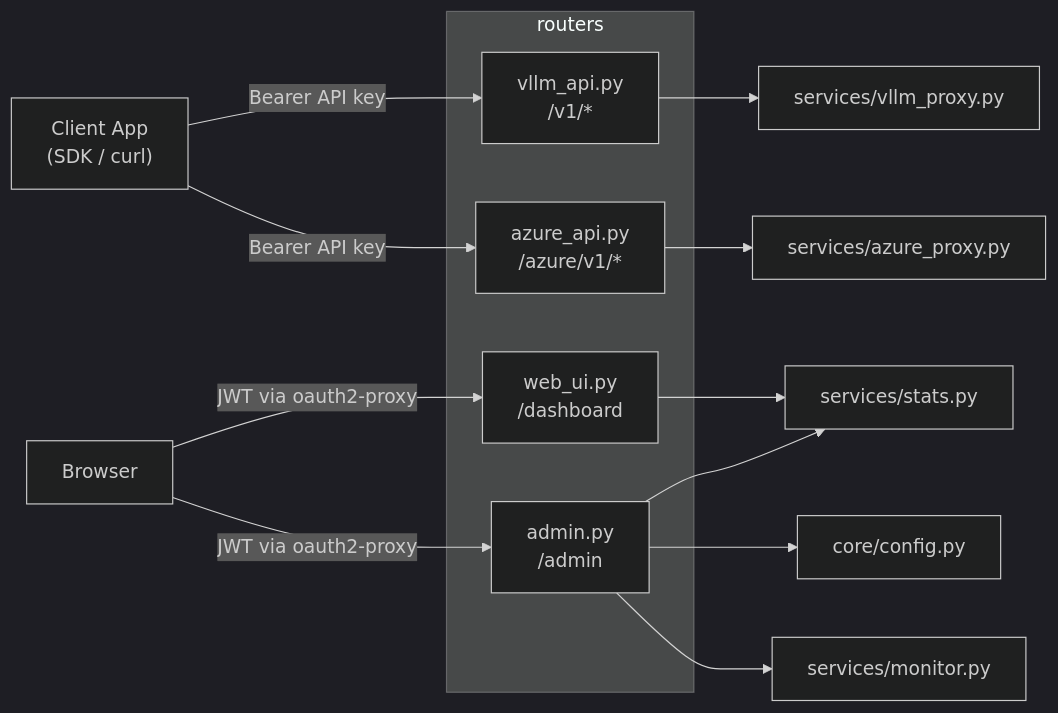
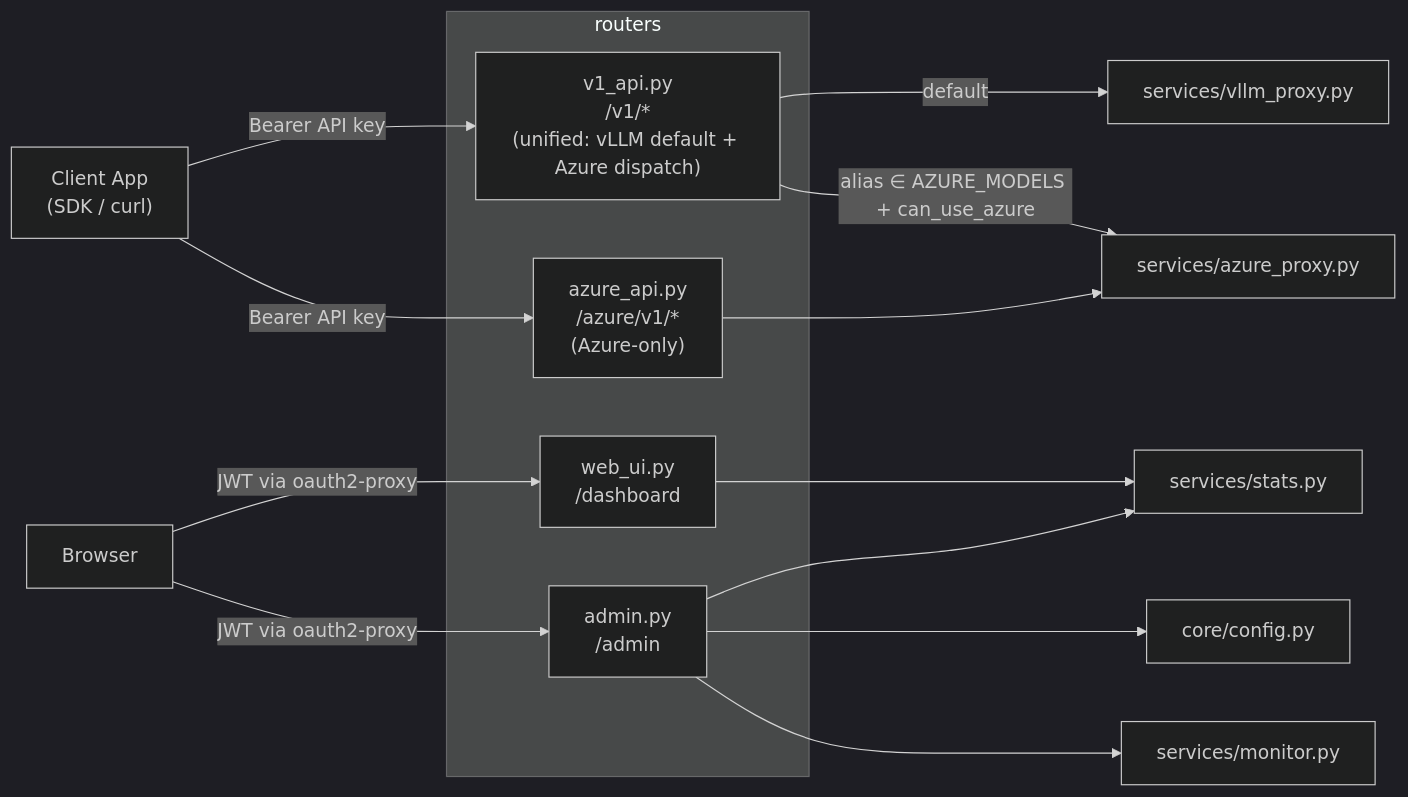
Before and after one commit to bwinken/llm-gateway: the first of 2 diagrams in app/routers/README.md, drawn with Mermaid (dark theme). The commit also changed other lines of this file and 16 other files, not shown here.

````diff
--- a/app/routers/README.md
+++ b/app/routers/README.md
@@ -9,21 +9,22 @@
 ```mermaid
 graph LR
-    Client["Client App<br/>(SDK / curl)"] -->|Bearer API key| vllm_api
+    Client["Client App<br/>(SDK / curl)"] -->|Bearer API key| v1_api
     Client -->|Bearer API key| azure_api
     Browser["Browser"] -->|JWT via oauth2-proxy| web_ui
     Browser -->|JWT via oauth2-proxy| admin
 
     subgraph routers
-        vllm_api["vllm_api.py<br/>/v1/*"]
-        azure_api["azure_api.py<br/>/azure/v1/*"]
+        v1_api["v1_api.py<br/>/v1/*<br/>(unified: vLLM default + Azure dispatch)"]
+        azure_api["azure_api.py<br/>/azure/v1/*<br/>(Azure-only)"]
         web_ui["web_ui.py<br/>/dashboard"]
         admin["admin.py<br/>/admin"]
     end
 
-    vllm_api --> vllm_proxy["services/vllm_proxy.py"]
-    azure_api --> azure_proxy["services/azure_proxy.py"]
+    v1_api -->|default| vllm_proxy["services/vllm_proxy.py"]
+    v1_api -->|alias ∈ AZURE_MODELS + can_use_azure| azure_proxy["services/azure_proxy.py"]
+    azure_api --> azure_proxy
     web_ui --> stats["services/stats.py"]
     admin --> stats
     admin --> config["core/config.py"]
     admin --> monitor["services/monitor.py"]
 ```
````
